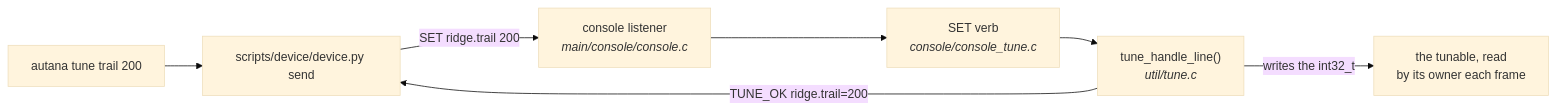
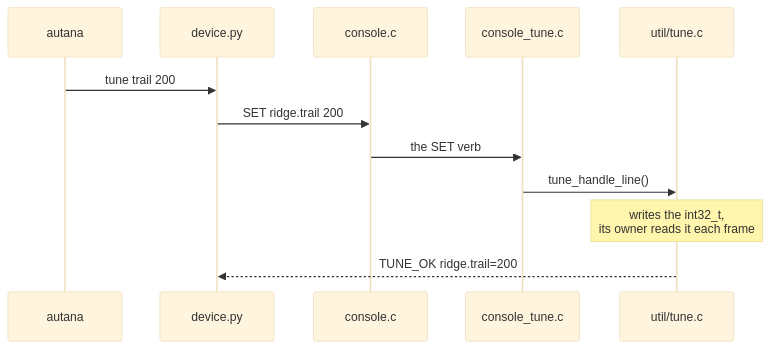
One commit to jose-villegas/autana changed the diagram in docs/tools/Live-Tuning.md. Above: the diagram before and after it, drawn with Mermaid (base theme). The commit also changed 4 other files, not shown here.

First line of the commit message:
docs: make overlapping Mermaid diagrams legible and trim their labels

````diff
--- a/docs/tools/Live-Tuning.md
+++ b/docs/tools/Live-Tuning.md
@@ -54,9 +54,14 @@
 ```mermaid
-flowchart LR
-    T["autana tune trail 200"] --> D["scripts/device/device.py send"]
-    D -->|"SET ridge.trail 200"| C["console listener<br/><i>main/console/console.c</i>"]
-    C --> S["SET verb<br/><i>console/console_tune.c</i>"]
-    S --> R["tune_handle_line()<br/><i>util/tune.c</i>"]
-    R -->|"writes the int32_t"| V["the tunable, read<br/>by its owner each frame"]
-    R -->|"TUNE_OK ridge.trail=200"| D
+sequenceDiagram
+    participant T as autana
+    participant D as device.py
+    participant C as console.c
+    participant S as console_tune.c
+    participant R as util/tune.c
+    T->>D: tune trail 200
+    D->>C: SET ridge.trail 200
+    C->>S: the SET verb
+    S->>R: tune_handle_line()
+    Note over R: writes the int32_t,<br/>its owner reads it each frame
+    R-->>D: TUNE_OK ridge.trail=200
 ```
````
